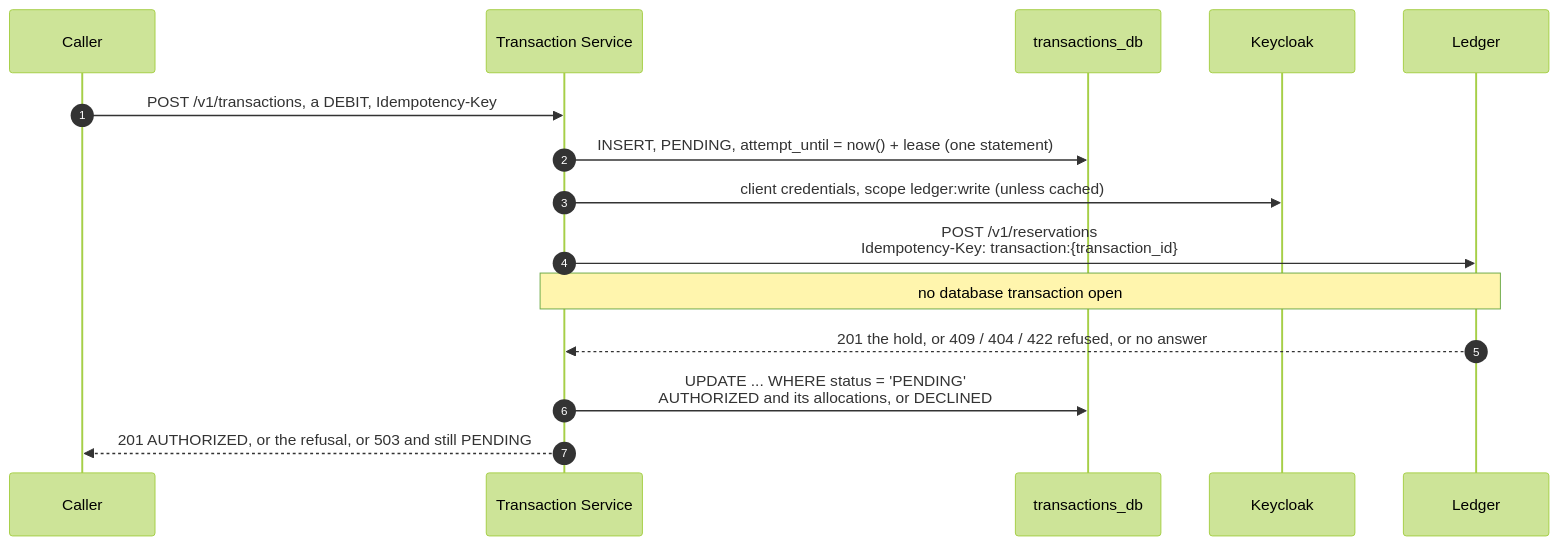
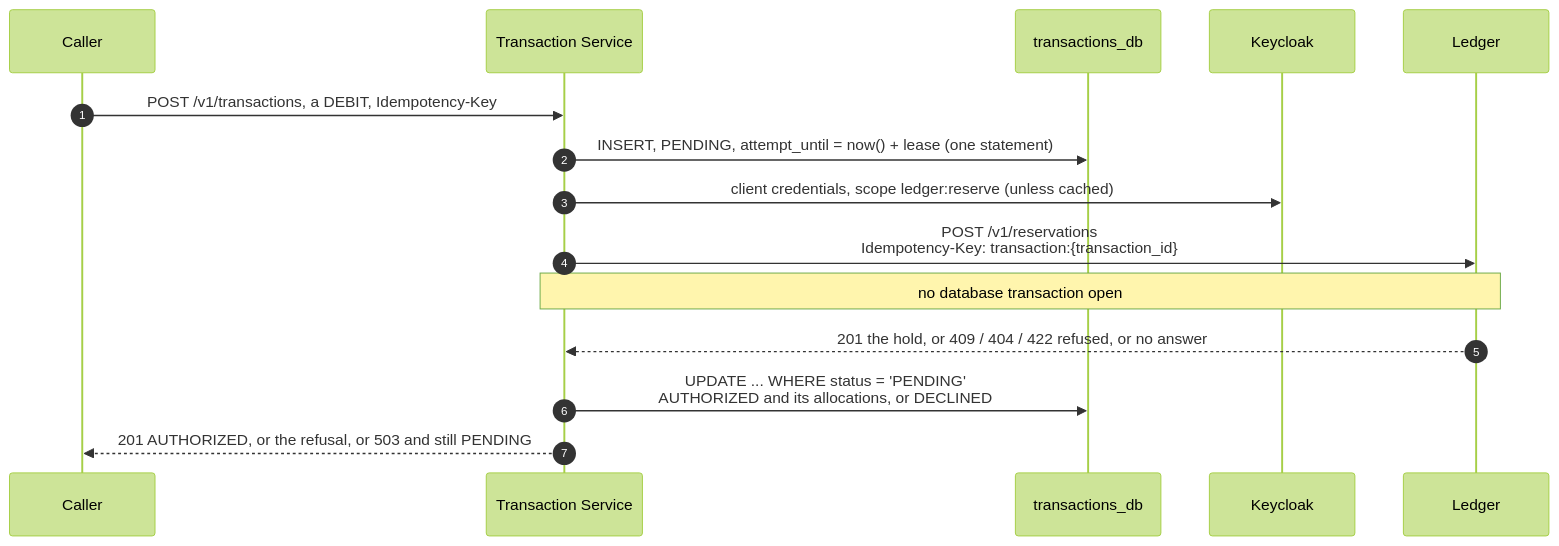
Before and after one commit to vaullet-dev/wallet-transaction-service: the diagram in README.md, drawn with Mermaid (forest theme). The commit also changed other lines of this file and 11 other files, not shown here.

Commit message:
feat: hold with ledger:reserve

````diff
--- a/README.md
+++ b/README.md
@@ -312,18 +312,18 @@
 ```mermaid
 sequenceDiagram
     autonumber
     participant C as Caller
     participant T as Transaction Service
     participant D as transactions_db
     participant K as Keycloak
     participant L as Ledger
 
     C->>T: POST /v1/transactions, a DEBIT, Idempotency-Key
     T->>D: INSERT, PENDING, attempt_until = now() + lease (one statement)
-    T->>K: client credentials, scope ledger:write (unless cached)
+    T->>K: client credentials, scope ledger:reserve (unless cached)
     T->>L: POST /v1/reservations<br/>Idempotency-Key: transaction:{transaction_id}
     Note over T,L: no database transaction open
     L-->>T: 201 the hold, or 409 / 404 / 422 refused, or no answer
     T->>D: UPDATE ... WHERE status = 'PENDING'<br/>AUTHORIZED and its allocations, or DECLINED
     T-->>C: 201 AUTHORIZED, or the refusal, or 503 and still PENDING
 ```
````
